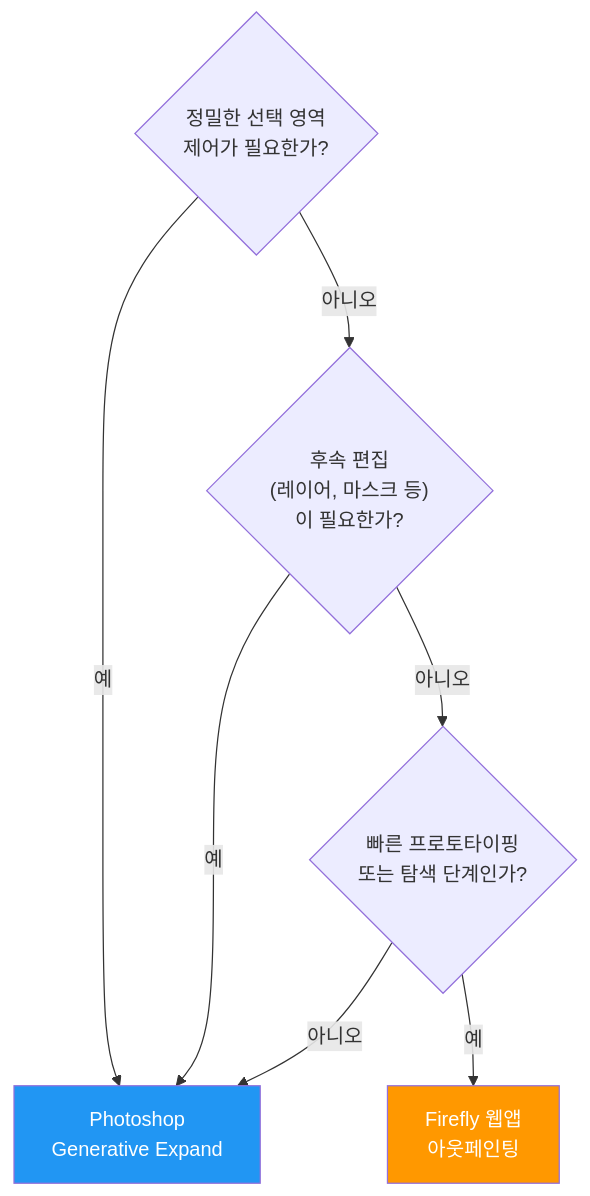
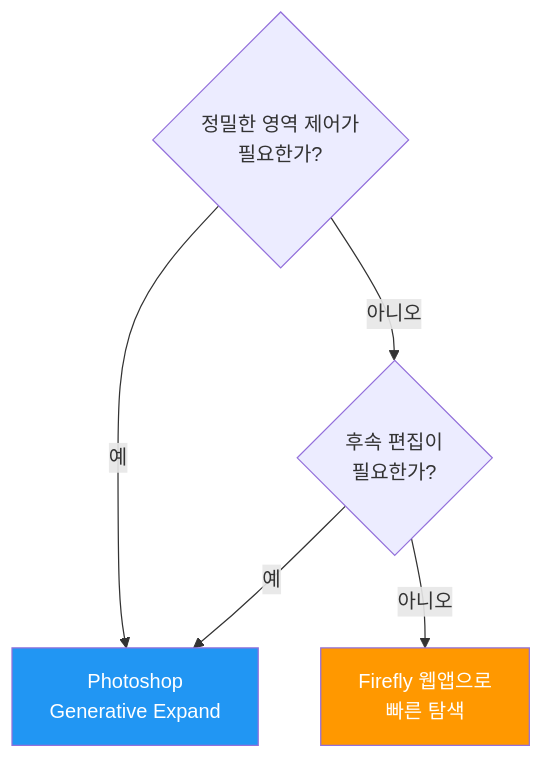
One commit to jsonpassion/forge-tutorial-promptcanvas changed the third of 3 diagrams in 09-ch9-adobe-photoshop-firefly-리터치-워크플로우/03-03-generative-expand와-이미지-확장.md. Above: the diagram before and after it, drawn with Mermaid. The commit also changed other lines of this file and 63 other files, not shown here.

````diff
--- a/09-ch9-adobe-photoshop-firefly-리터치-워크플로우/03-03-generative-expand와-이미지-확장.md
+++ b/09-ch9-adobe-photoshop-firefly-리터치-워크플로우/03-03-generative-expand와-이미지-확장.md
@@ -214,13 +180,11 @@
 ```mermaid
 flowchart TD
-    Q1{"정밀한 선택 영역<br/>제어가 필요한가?"}
+    Q1{"정밀한 영역 제어가<br/>필요한가?"}
     Q1 -->|"예"| PS["Photoshop<br/>Generative Expand"]
-    Q1 -->|"아니오"| Q2{"후속 편집<br/>(레이어, 마스크 등)<br/>이 필요한가?"}
+    Q1 -->|"아니오"| Q2{"후속 편집이<br/>필요한가?"}
     Q2 -->|"예"| PS
-    Q2 -->|"아니오"| Q3{"빠른 프로토타이핑<br/>또는 탐색 단계인가?"}
-    Q3 -->|"예"| FW["Firefly 웹앱<br/>아웃페인팅"]
-    Q3 -->|"아니오"| PS
+    Q2 -->|"아니오"| FW["Firefly 웹앱으로<br/>빠른 탐색"]
 
     style PS fill:#2196F3,color:#fff
     style FW fill:#FF9800,color:#fff
 ```
````
